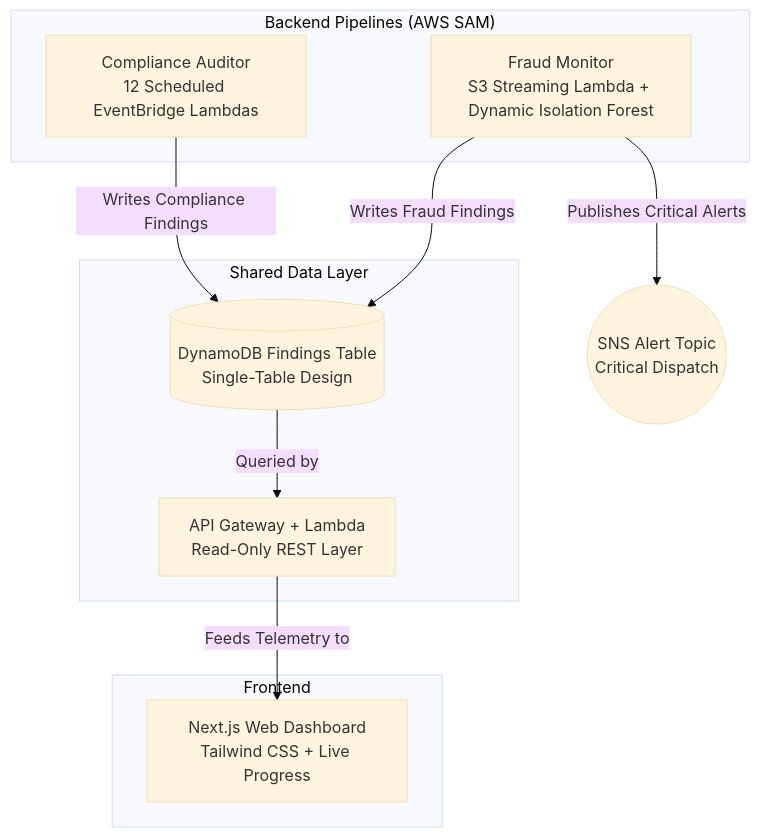
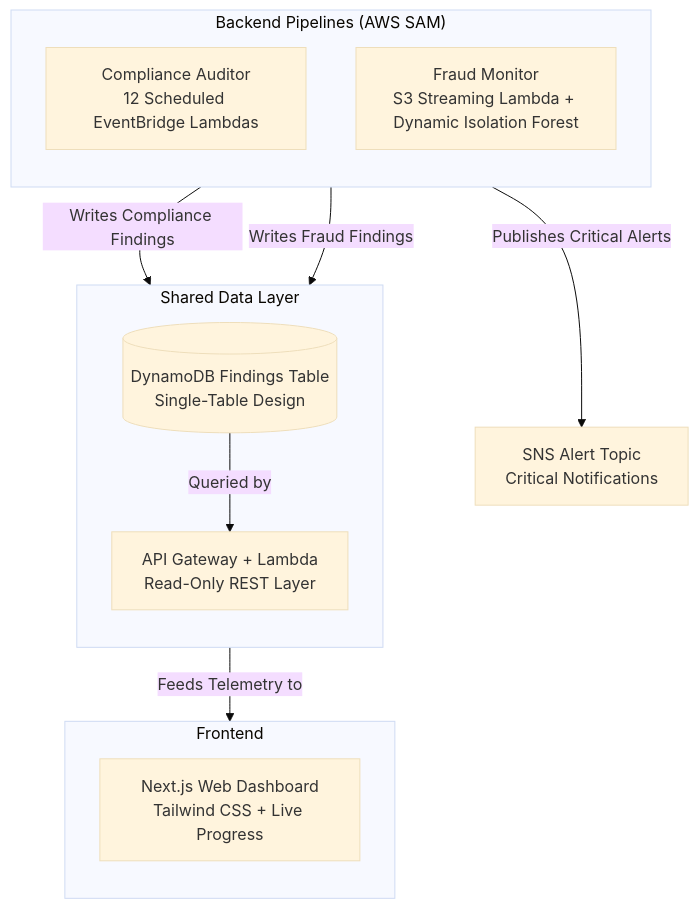
Before and after one commit to theimaginaryangel/bankguard: the diagram in README.md, drawn with Mermaid (base theme). The commit also changed other lines of this file, not shown here.

Commit message:
fix(docs): update Mermaid architecture diagram syntax for GitHub renderer compatibility

````diff
--- a/README.md
+++ b/README.md
@@ -13,25 +13,27 @@
 ```mermaid
-graph TD
-    subgraph "Backend Pipelines (AWS SAM)"
-        A[Compliance Auditor<br>12 Scheduled EventBridge Lambdas]
-        B[Fraud Monitor<br>S3 Streaming Lambda + Dynamic Isolation Forest]
+flowchart TB
+    subgraph Backend ["Backend Pipelines (AWS SAM)"]
+        direction TB
+        A["Compliance Auditor<br>12 Scheduled EventBridge Lambdas"]
+        B["Fraud Monitor<br>S3 Streaming Lambda + Dynamic Isolation Forest"]
     end
 
-    subgraph "Shared Data Layer"
-        C[(DynamoDB Findings Table<br>Single-Table Design)]
-        D[API Gateway + Lambda<br>Read-Only REST Layer]
+    subgraph DataLayer ["Shared Data Layer"]
+        direction TB
+        C[("DynamoDB Findings Table<br>Single-Table Design")]
+        D["API Gateway + Lambda<br>Read-Only REST Layer"]
     end
 
-    subgraph "Frontend"
-        E[Next.js Web Dashboard<br>Tailwind CSS + Live Progress]
+    subgraph Client ["Frontend"]
+        direction TB
+        E["Next.js Web Dashboard<br>Tailwind CSS + Live Progress"]
     end
-    
-    F((SNS Alert Topic<br>Critical Dispatch))
+
+    F["SNS Alert Topic<br>Critical Notifications"]
 
     A -->|Writes Compliance Findings| C
     B -->|Writes Fraud Findings| C
     B -->|Publishes Critical Alerts| F
-    
     C -->|Queried by| D
     D -->|Feeds Telemetry to| E
 ```
````
